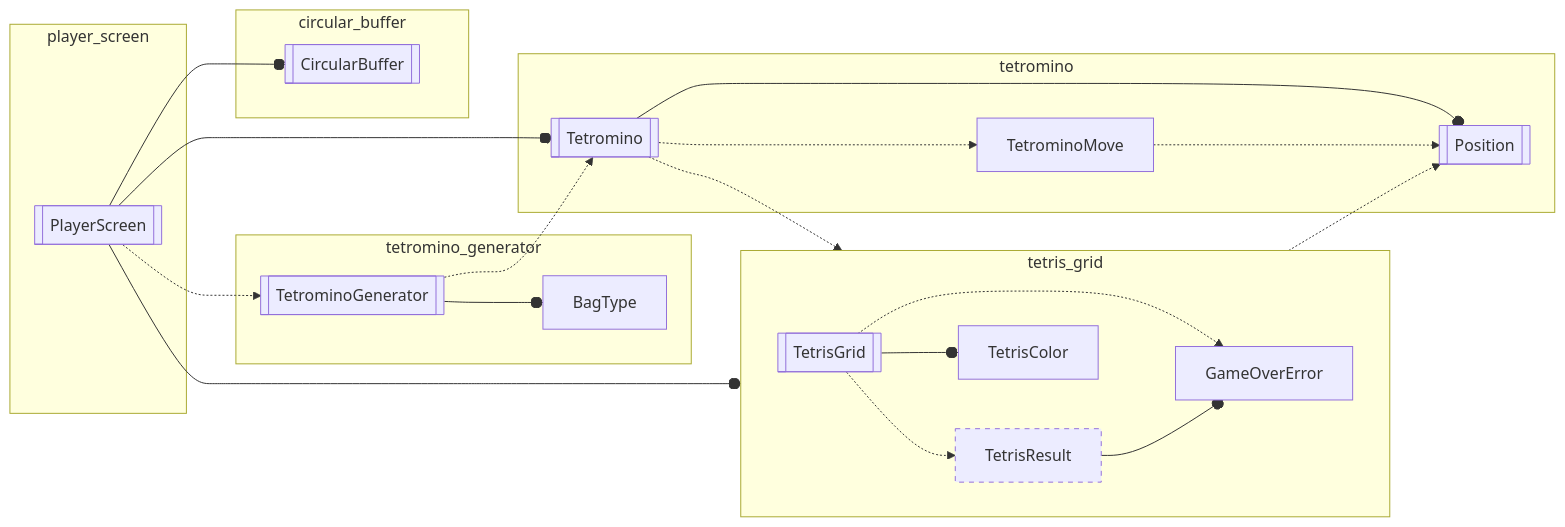
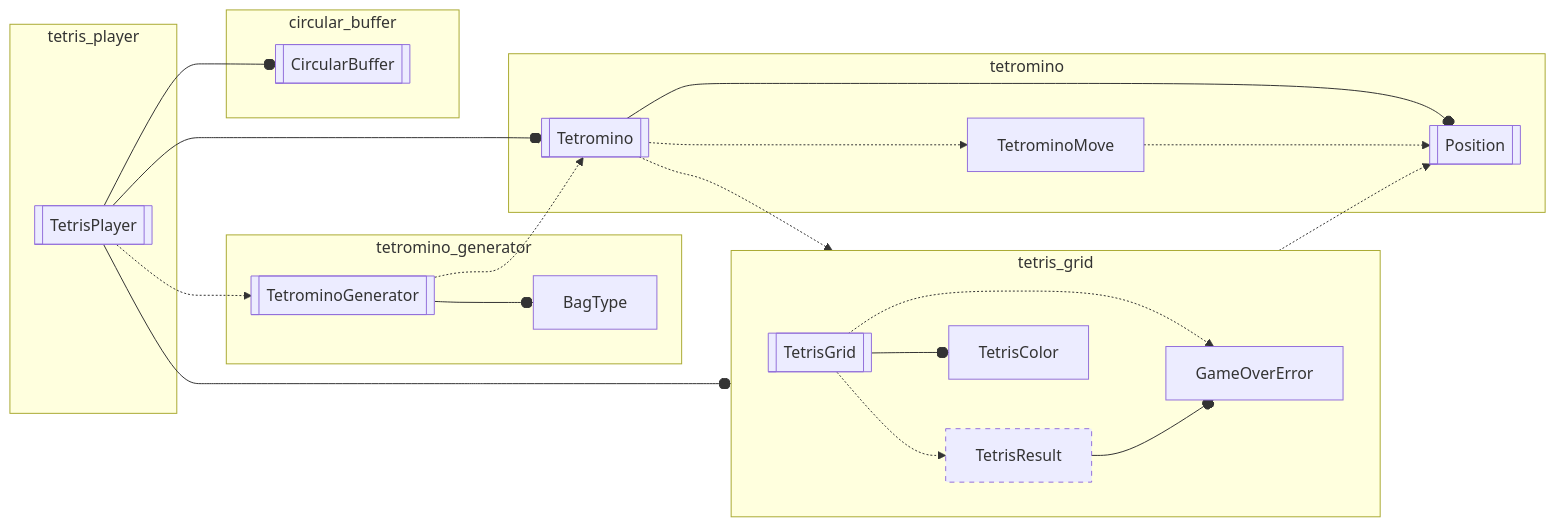
One commit to inesvar/tetris changed the diagram in tetris_core/src/tetris_core.mmd. Above: the diagram before and after it, drawn with Mermaid. The commit also changed 9 other files, not shown here.

Commit message:
Rename PlayerScreen -> TetrisPlayer

```diff
--- a/tetris_core/src/tetris_core.mmd
+++ b/tetris_core/src/tetris_core.mmd
@@ -1,49 +1,49 @@
 graph LR
     %% objects
     TetrominoMove[TetrominoMove]
     TetrisGrid[[TetrisGrid]]
     GameOverError[GameOverError]
     TetrisResult[TetrisResult]
     Tetromino[[Tetromino]]
     Position[[Position]]
     TetrisColor[TetrisColor]
     TetrominoGenerator[[TetrominoGenerator]]
     BagType[BagType]
     CircularBuffer[[CircularBuffer]]
-    PlayerScreen[[PlayerScreen]]
+    TetrisPlayer[[TetrisPlayer]]
 
-    subgraph player_screen
-        PlayerScreen
+    subgraph tetris_player
+        TetrisPlayer
     end
-    PlayerScreen --o TetrisGrid
-    PlayerScreen --o Tetromino
-    PlayerScreen --o CircularBuffer
-    PlayerScreen -.-> TetrominoGenerator
+    TetrisPlayer --o TetrisGrid
+    TetrisPlayer --o Tetromino
+    TetrisPlayer --o CircularBuffer
+    TetrisPlayer -.-> TetrominoGenerator
 
     subgraph tetromino_generator
         TetrominoGenerator --o BagType
     end
     TetrominoGenerator
     TetrominoGenerator -.-> Tetromino
 
     subgraph circular_buffer
         CircularBuffer
     end
 
     subgraph tetris_grid
         direction LR
         TetrisGrid -.-> GameOverError
         TetrisGrid -.-> TetrisResult
         TetrisResult --o GameOverError
         TetrisGrid --o TetrisColor
     end
     Tetromino -.-> tetris_grid
     TetrisGrid -.-> Position
 
     subgraph tetromino
         Tetromino --o Position
         TetrominoMove -.-> Position
         Tetromino -.-> TetrominoMove
     end
 
     style TetrisResult stroke-dasharray: 5 5;
```
